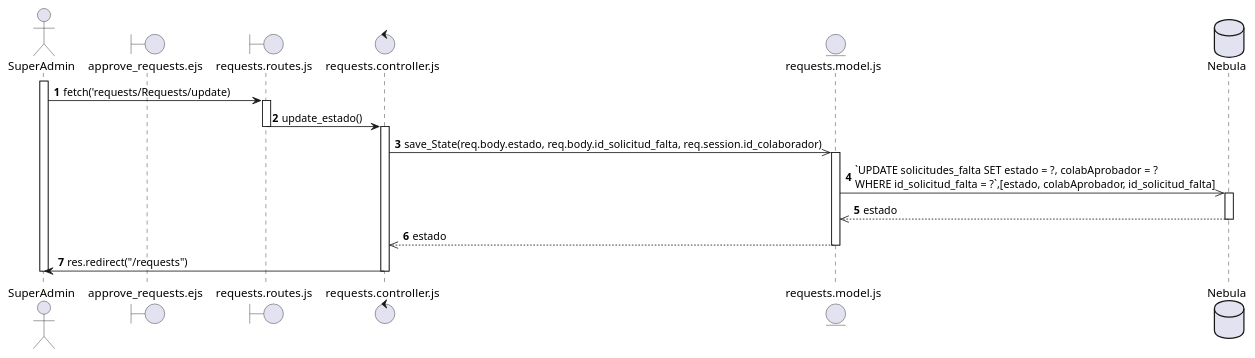
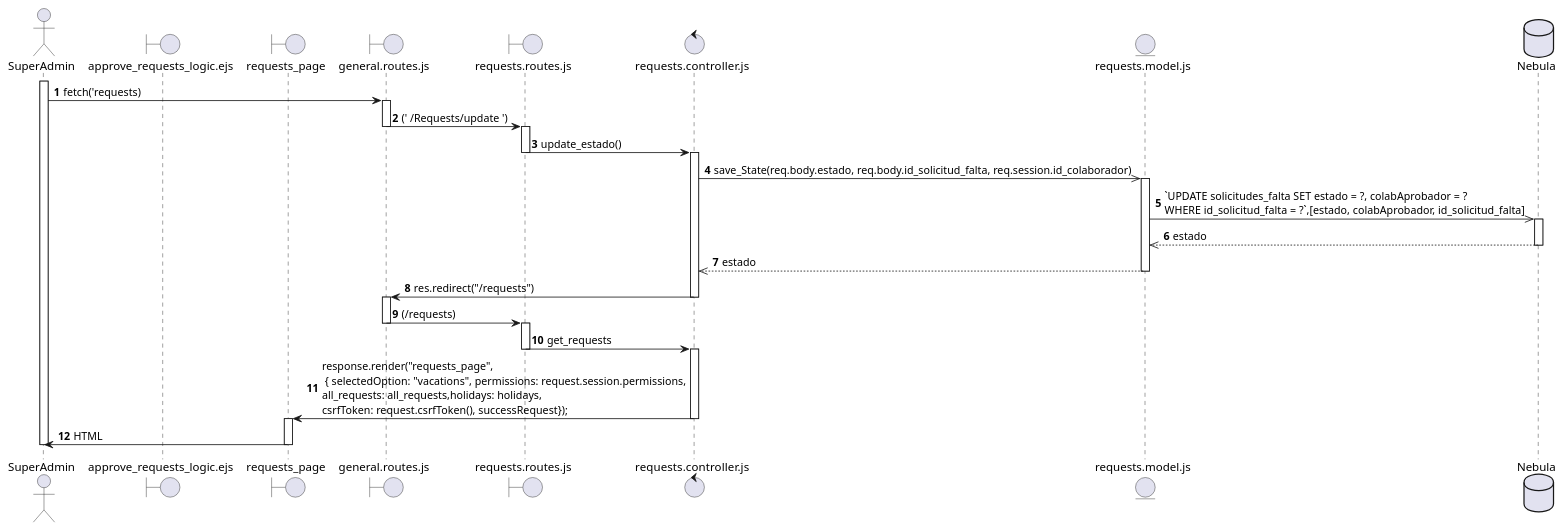
The diagram in diagramas_secuencia/req27.puml (SALV19/Nebula_tc2005b), drawn with PlantUML before and after one commit. The commit also changed 4 other files, not shown here.

```diff
--- a/diagramas_secuencia/req27.puml
+++ b/diagramas_secuencia/req27.puml
@@ -1,35 +1,57 @@
 @startuml REQ_27 SuperAdmin registra aprobación de falta
 autonumber
 actor SuperAdmin as S
-boundary approve_requests.ejs as Requests
+boundary approve_requests_logic.ejs as Requests
+boundary requests_page as rq
+boundary general.routes.js as gr
 boundary requests.routes.js as SRoute
-' boundary general.routes.js as gr
 control requests.controller.js as SController
 entity requests.model.js as SModel
 database Nebula as db
 
 ' ---- APROBAR SOLICITUD ----
 activate S
-S -> SRoute : fetch('requests/Requests/update)
+S -> gr : fetch('requests)
+
+activate gr
+gr -> SRoute : (' /Requests/update ')
+deactivate gr 
+
 
 activate SRoute
 SRoute -> SController : update_estado()
 deactivate SRoute
 
 activate SController 
 SController ->> SModel : save_State(req.body.estado, req.body.id_solicitud_falta, req.session.id_colaborador)
 
 activate SModel
 SModel ->> db : `UPDATE solicitudes_falta SET estado = ?, colabAprobador = ? \nWHERE id_solicitud_falta = ?`,[estado, colabAprobador, id_solicitud_falta]
 activate db
 db -->> SModel : estado
 deactivate db
 
 SModel -->> SController : estado
 deactivate SModel
 
-SController -> S : res.redirect("/requests")
+SController -> gr : res.redirect("/requests")
 deactivate SController
+
+activate gr
+gr -> SRoute : (/requests)
+deactivate gr 
+
+activate SRoute 
+SRoute -> SController : get_requests
+deactivate SRoute 
+
+activate SController
+SController -> rq : response.render("requests_page", \n { selectedOption: "vacations", permissions: request.session.permissions, \nall_requests: all_requests,holidays: holidays, \ncsrfToken: request.csrfToken(), successRequest});
+deactivate SController
+
+activate rq 
+rq -> S : HTML
+deactivate rq 
 
 deactivate S
 @enduml
```
